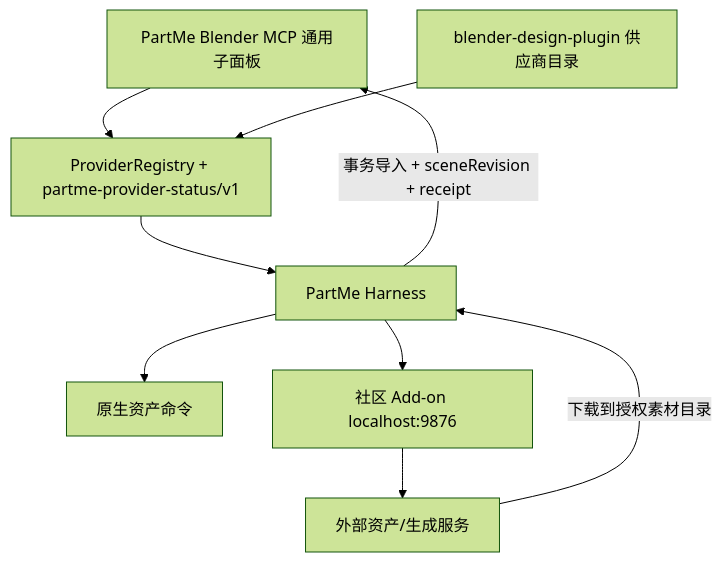
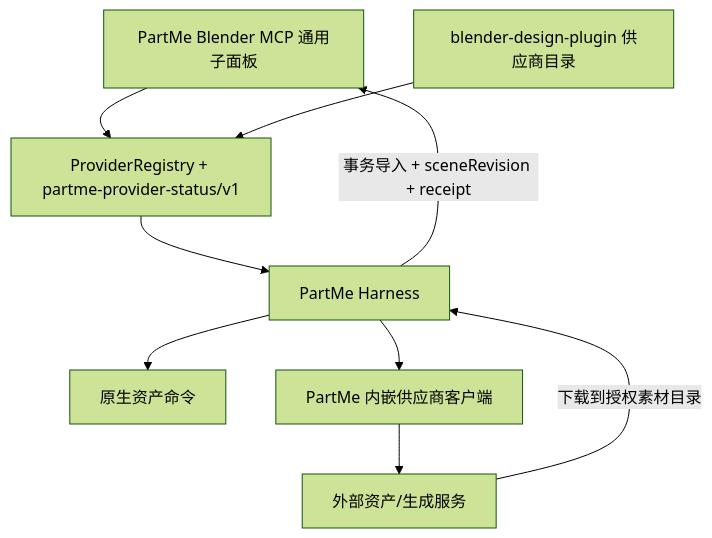
Before and after one commit to full-aigc-plugins/blender-mcp: the diagram in docs/superpowers/specs/2026-09-19-provider-integration-design.md, drawn with Mermaid (forest theme). The commit also changed other lines of this file and 92 other files, not shown here.

````diff
--- a/docs/superpowers/specs/2026-09-19-provider-integration-design.md
+++ b/docs/superpowers/specs/2026-09-19-provider-integration-design.md
@@ -28,19 +28,19 @@
 ```mermaid
 flowchart TB
     UI[PartMe Blender MCP 通用子面板]
     PR[ProviderRegistry + partme-provider-status/v1]
     H[PartMe Harness]
     N[原生资产命令]
     P[blender-design-plugin 供应商目录]
-    C[社区 Add-on localhost:9876]
+    C[PartMe 内嵌供应商客户端]
     E[外部资产/生成服务]
 
     UI --> PR
     P --> PR
     PR --> H
     H --> N
     H --> C
     C --> E
     E -->|下载到授权素材目录| H
     H -->|事务导入 + sceneRevision + receipt| UI
 ```
````
